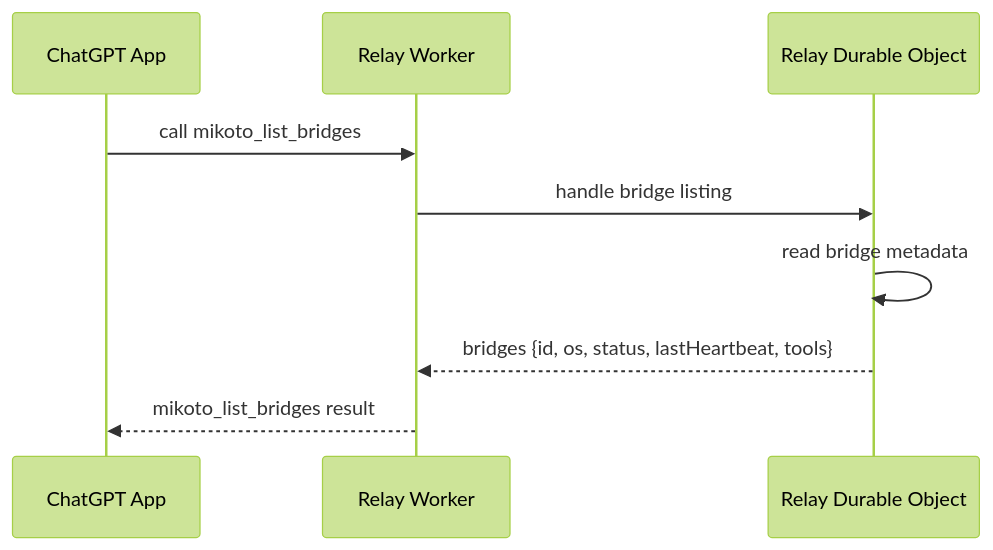
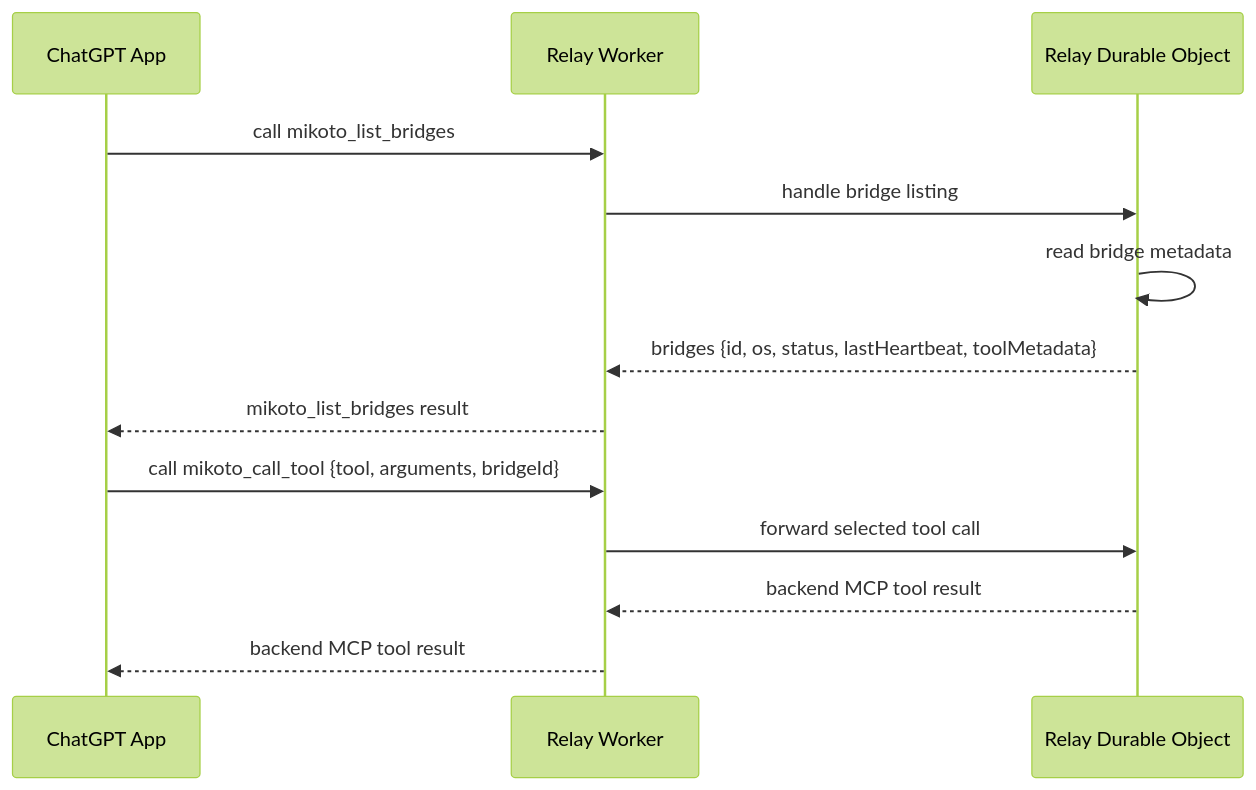
One commit to risu729/mikoto changed the second of 2 diagrams in packages/docs/src/content/docs/architecture.md. Above: the diagram before and after it, drawn with Mermaid (forest theme). The commit also changed other lines of this file and 7 other files, not shown here.

````diff
--- a/packages/docs/src/content/docs/architecture.md
+++ b/packages/docs/src/content/docs/architecture.md
@@ -37,12 +51,16 @@
 ```mermaid
 sequenceDiagram
   participant ChatGPT as ChatGPT App
   participant Worker as Relay Worker
   participant DO as Relay Durable Object
 
   ChatGPT->>Worker: call mikoto_list_bridges
   Worker->>DO: handle bridge listing
   DO->>DO: read bridge metadata
-  DO-->>Worker: bridges {id, os, status, lastHeartbeat, tools}
+  DO-->>Worker: bridges {id, os, status, lastHeartbeat, toolMetadata}
   Worker-->>ChatGPT: mikoto_list_bridges result
+  ChatGPT->>Worker: call mikoto_call_tool {tool, arguments, bridgeId}
+  Worker->>DO: forward selected tool call
+  DO-->>Worker: backend MCP tool result
+  Worker-->>ChatGPT: backend MCP tool result
 ```
````
